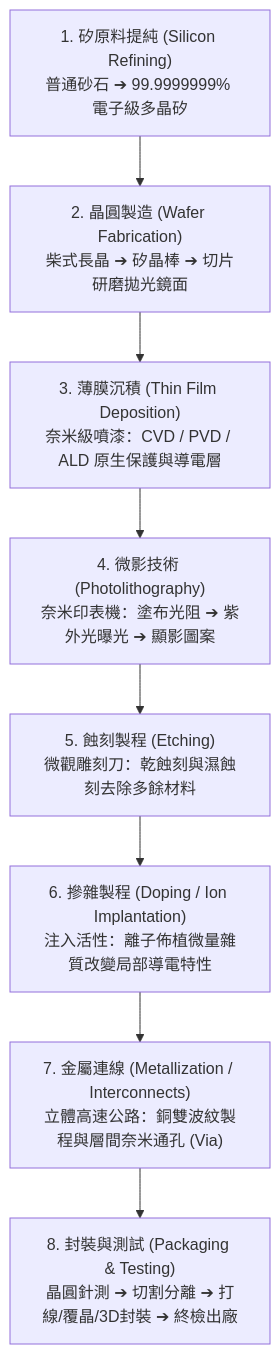
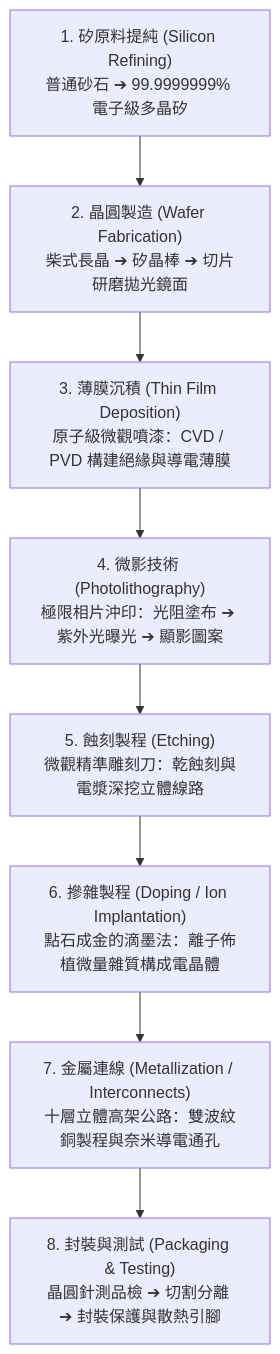
The diagram in wiki/index.md (Lydia12162002/Sand-to-Silicon-Wiki), drawn with Mermaid before and after one commit. The commit also changed other lines of this file and 20 other files, not shown here.

````diff
--- a/wiki/index.md
+++ b/wiki/index.md
@@ -36,10 +23,10 @@
 ```mermaid
 flowchart TD
     S1["1. 矽原料提純 (Silicon Refining)<br/>普通砂石 ➔ 99.9999999% 電子級多晶矽"] --> S2["2. 晶圓製造 (Wafer Fabrication)<br/>柴式長晶 ➔ 矽晶棒 ➔ 切片研磨拋光鏡面"]
-    S2 --> S3["3. 薄膜沉積 (Thin Film Deposition)<br/>奈米級噴漆：CVD / PVD / ALD 原生保護與導電層"]
-    S3 --> S4["4. 微影技術 (Photolithography)<br/>奈米印表機：塗布光阻 ➔ 紫外光曝光 ➔ 顯影圖案"]
-    S4 --> S5["5. 蝕刻製程 (Etching)<br/>微觀雕刻刀：乾蝕刻與濕蝕刻去除多餘材料"]
-    S5 --> S6["6. 摻雜製程 (Doping / Ion Implantation)<br/>注入活性：離子佈植微量雜質改變局部導電特性"]
-    S6 --> S7["7. 金屬連線 (Metallization / Interconnects)<br/>立體高速公路：銅雙波紋製程與層間奈米通孔 (Via)"]
-    S7 --> S8["8. 封裝與測試 (Packaging & Testing)<br/>晶圓針測 ➔ 切割分離 ➔ 打線/覆晶/3D封裝 ➔ 終檢出廠"]
+    S2 --> S3["3. 薄膜沉積 (Thin Film Deposition)<br/>原子級微觀噴漆：CVD / PVD 構建絕緣與導電薄膜"]
+    S3 --> S4["4. 微影技術 (Photolithography)<br/>極限相片沖印：光阻塗布 ➔ 紫外光曝光 ➔ 顯影圖案"]
+    S4 --> S5["5. 蝕刻製程 (Etching)<br/>微觀精準雕刻刀：乾蝕刻與電漿深挖立體線路"]
+    S5 --> S6["6. 摻雜製程 (Doping / Ion Implantation)<br/>點石成金的滴墨法：離子佈植微量雜質構成電晶體"]
+    S6 --> S7["7. 金屬連線 (Metallization / Interconnects)<br/>十層立體高架公路：雙波紋銅製程與奈米導電通孔"]
+    S7 --> S8["8. 封裝與測試 (Packaging & Testing)<br/>晶圓針測品檢 ➔ 切割分離 ➔ 封裝保護與散熱引腳"]
 ```
````
